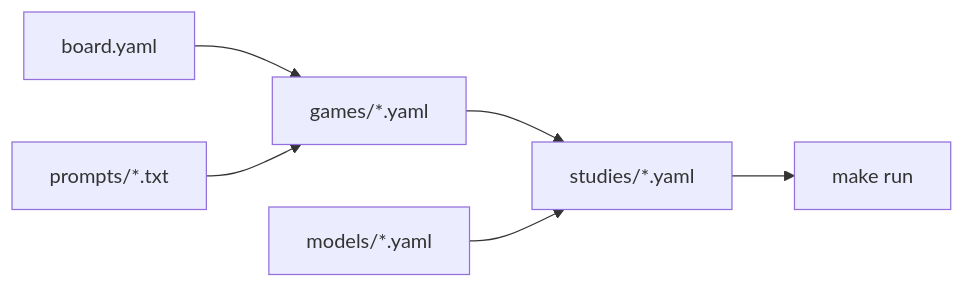
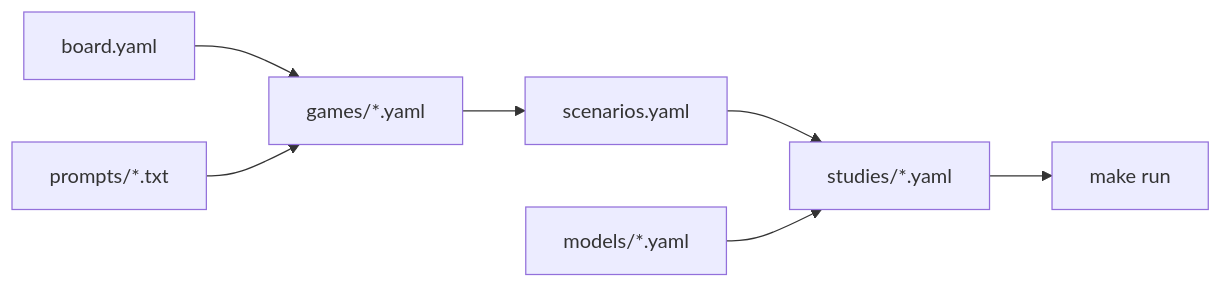
One commit to Ontahm/collusion-env changed the eighth of 10 diagrams in README.md. Above: the diagram before and after it, drawn with Mermaid. The commit also changed other lines of this file and 27 other files, not shown here.

Commit message:
feat: scenario IDs (configs/scenarios.yaml, SCENARIOS.md), make episode, make prompts, runs by scenario

````diff
--- a/README.md
+++ b/README.md
@@ -334,8 +338,9 @@
 ```mermaid
 flowchart LR
     BO["board.yaml"] --> GA["games/*.yaml"]
     PR["prompts/*.txt"] --> GA
-    GA --> ST["studies/*.yaml"]
+    GA --> SC["scenarios.yaml"]
+    SC --> ST["studies/*.yaml"]
     MO["models/*.yaml"] --> ST
     ST --> RU["make run"]
 ```
````
